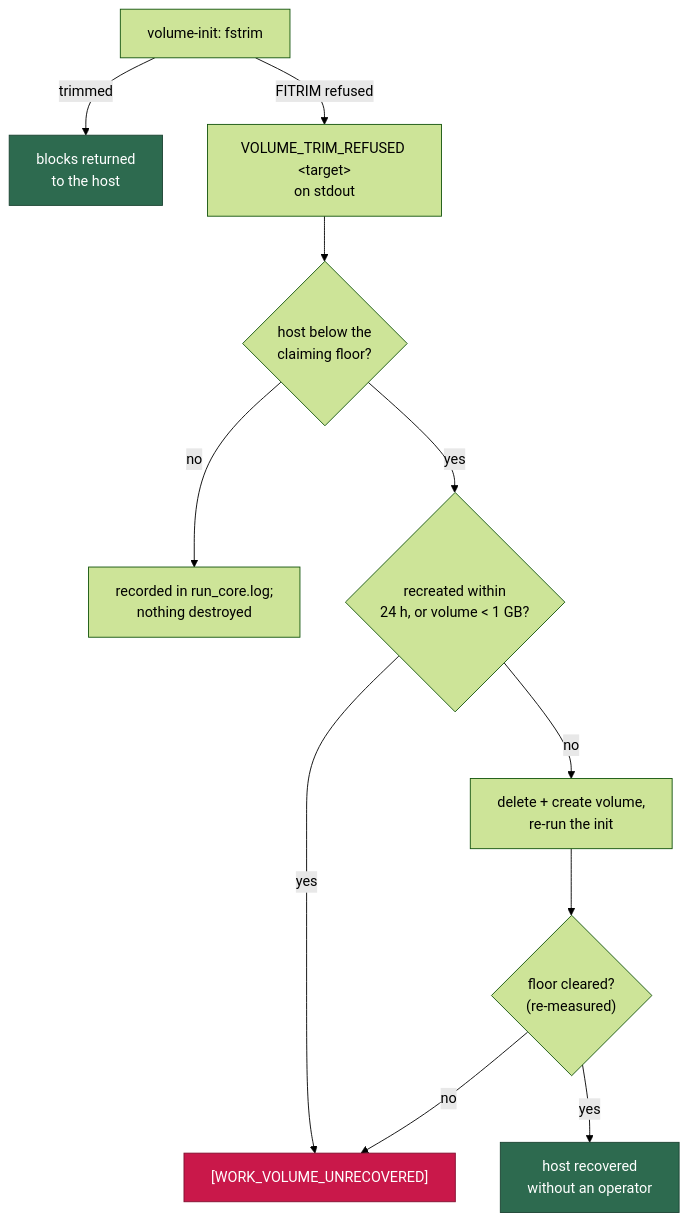
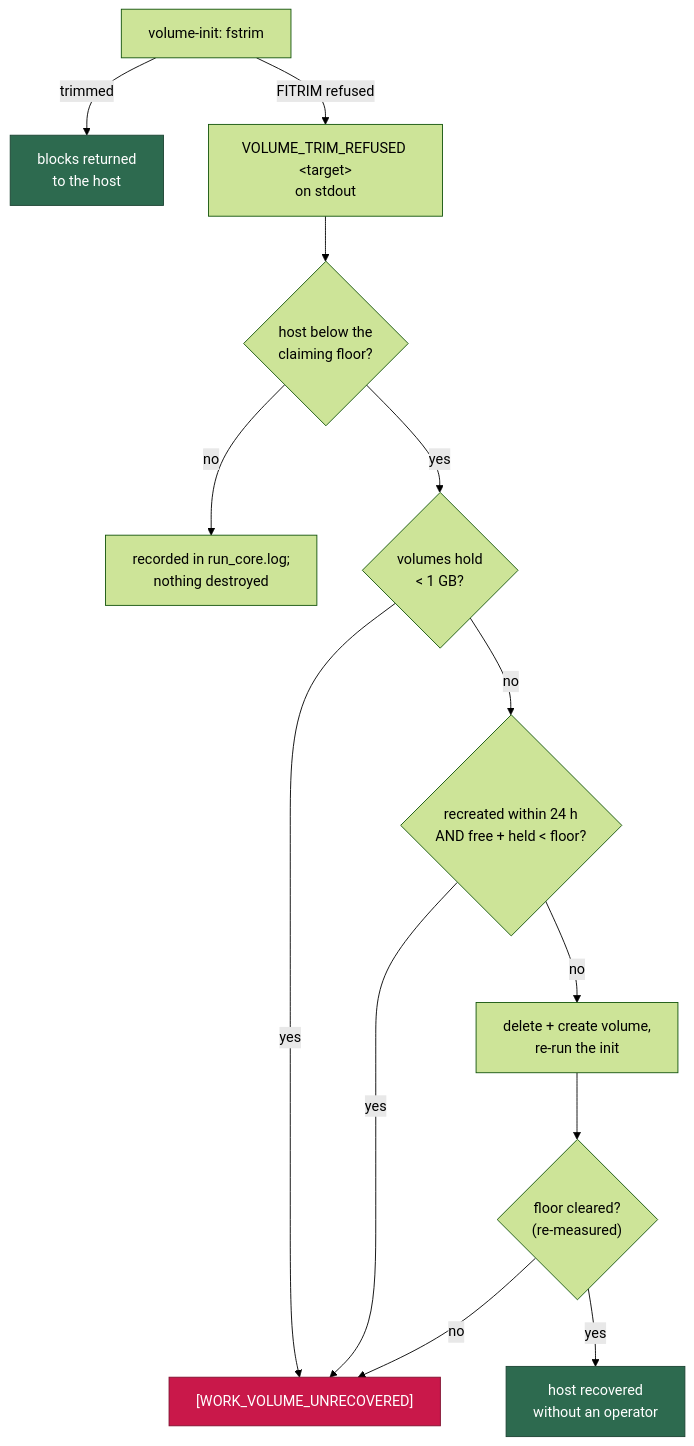
Diagram 13 of 21 in docs/CONTAINER.md (stSoftwareAU/VibeCoder), drawn with Mermaid (forest theme) before and after one commit. The commit also changed other lines of this file and 3 other files, not shown here.

````diff
--- a/docs/CONTAINER.md
+++ b/docs/CONTAINER.md
@@ -1215,16 +1222,18 @@
 ```mermaid
 flowchart TD
     I["volume-init: fstrim"] -->|"trimmed"| OK["blocks returned<br/>to the host"]
     I -->|"FITRIM refused"| R["VOLUME_TRIM_REFUSED &lt;target&gt;<br/>on stdout"]
     R --> G{"host below the<br/>claiming floor?"}
     G -->|"no"| N["recorded in run_core.log;<br/>nothing destroyed"]
-    G -->|"yes"| B{"recreated within<br/>24 h, or volume &lt; 1 GB?"}
-    B -->|"yes"| E["[WORK_VOLUME_UNRECOVERED]"]
+    G -->|"yes"| S{"volumes hold<br/>&lt; 1 GB?"}
+    S -->|"yes"| E["[WORK_VOLUME_UNRECOVERED]"]
+    S -->|"no"| B{"recreated within 24 h<br/>AND free + held &lt; floor?"}
+    B -->|"yes"| E
     B -->|"no"| D["delete + create volume,<br/>re-run the init"]
     D --> M{"floor cleared?<br/>(re-measured)"}
     M -->|"yes"| H["host recovered<br/>without an operator"]
     M -->|"no"| E
     style OK fill:#2d6a4f,stroke:#1b4332,color:#fff
     style H fill:#2d6a4f,stroke:#1b4332,color:#fff
     style E fill:#c9184a,stroke:#800f2f,color:#fff
 ```
````
